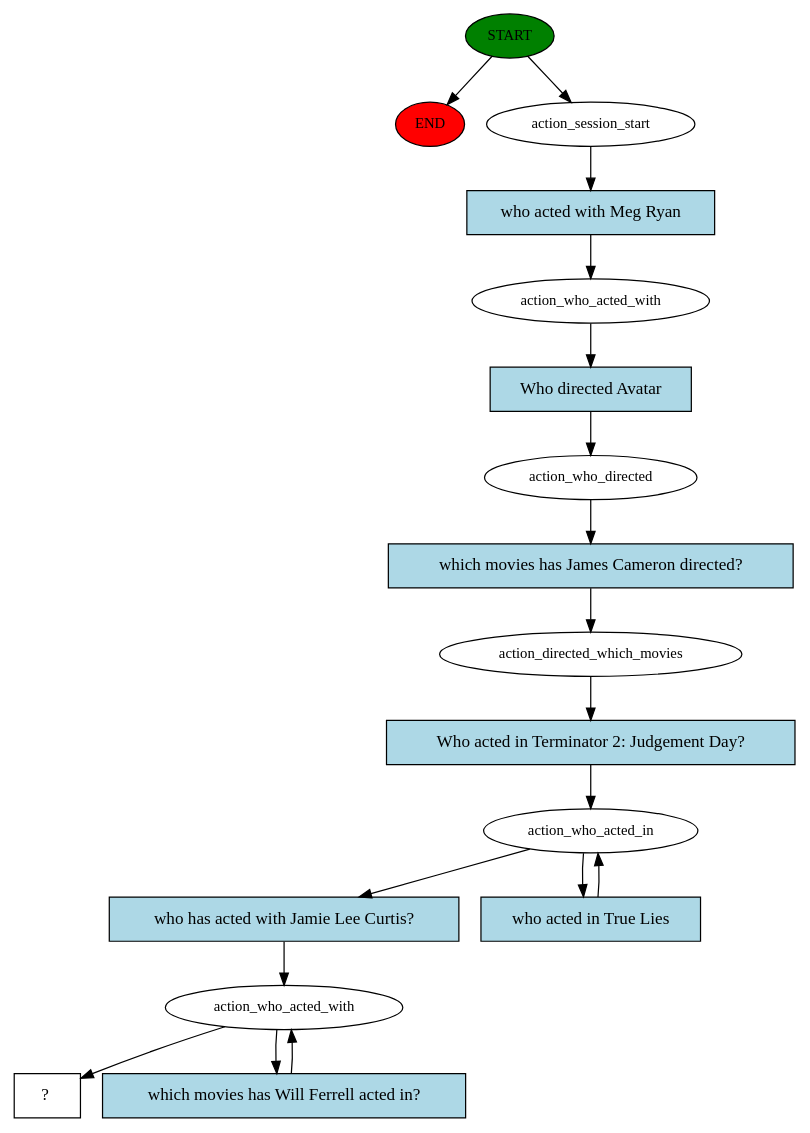
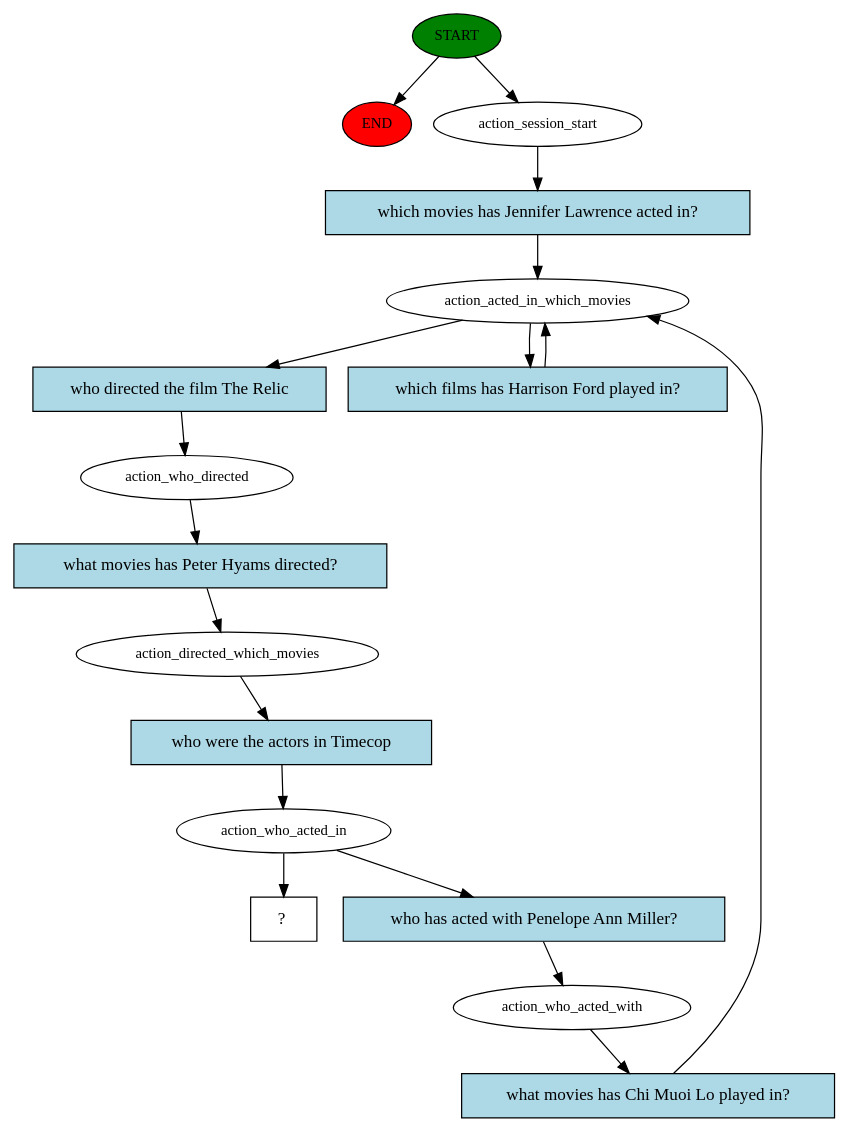
The diagram in story_graph.dot (dchamb16/msds_459_chatbot), drawn with Graphviz before and after one commit. The commit also changed 6 other files, not shown here.

```diff
--- a/story_graph.dot
+++ b/story_graph.dot
@@ -1,35 +1,35 @@
 digraph  {
 0 [class="start active", fillcolor=green, fontsize=12, label=START, style=filled];
 "-1" [class=end, fillcolor=red, fontsize=12, label=END, style=filled];
 1 [class=active, fontsize=12, label=action_session_start];
-2 [class=active, fontsize=12, label=action_who_acted_with];
-3 [class=active, fontsize=12, label=action_who_directed];
-4 [class=active, fontsize=12, label=action_directed_which_movies];
-5 [class=active, fontsize=12, label=action_who_acted_in];
+2 [class=active, fontsize=12, label=action_acted_in_which_movies];
+4 [class=active, fontsize=12, label=action_who_directed];
+5 [class=active, fontsize=12, label=action_directed_which_movies];
+6 [class=active, fontsize=12, label=action_who_acted_in];
 7 [class=active, fontsize=12, label=action_who_acted_with];
-9 [class="intent dashed active", label="  ?  ", shape=rect];
-10 [class="intent active", fillcolor=lightblue, label="who acted with Meg Ryan", shape=rect, style=filled];
-11 [class="intent active", fillcolor=lightblue, label="Who directed Avatar", shape=rect, style=filled];
-12 [class="intent active", fillcolor=lightblue, label="which movies has James Cameron directed?", shape=rect, style=filled];
-13 [class="intent active", fillcolor=lightblue, label="Who acted in Terminator 2: Judgement Day?", shape=rect, style=filled];
-14 [class="intent active", fillcolor=lightblue, label="who has acted with Jamie Lee Curtis?", shape=rect, style=filled];
-15 [class="intent active", fillcolor=lightblue, label="who acted in True Lies", shape=rect, style=filled];
-16 [class="intent active", fillcolor=lightblue, label="which movies has Will Ferrell acted in?", shape=rect, style=filled];
+12 [class="intent dashed active", label="  ?  ", shape=rect];
+13 [class="intent active", fillcolor=lightblue, label="which movies has Jennifer Lawrence acted in?", shape=rect, style=filled];
+14 [class="intent active", fillcolor=lightblue, label="who directed the film The Relic", shape=rect, style=filled];
+15 [class="intent active", fillcolor=lightblue, label="which films has Harrison Ford played in?", shape=rect, style=filled];
+16 [class="intent active", fillcolor=lightblue, label="what movies has Peter Hyams directed?", shape=rect, style=filled];
+17 [class="intent active", fillcolor=lightblue, label="who were the actors in Timecop", shape=rect, style=filled];
+18 [class="intent active", fillcolor=lightblue, label="who has acted with Penelope Ann Miller?", shape=rect, style=filled];
+19 [class="intent active", fillcolor=lightblue, label="what movies has Chi Muoi Lo played in?", shape=rect, style=filled];
 0 -> "-1"  [class="", key=NONE, label=""];
 0 -> 1  [class=active, key=NONE, label=""];
-1 -> 10  [class=active, key=0];
-2 -> 11  [class=active, key=0];
-3 -> 12  [class=active, key=0];
-4 -> 13  [class=active, key=0];
-5 -> 14  [class=active, key=0];
-5 -> 15  [class=active, key=0];
-7 -> 9  [class=active, key=NONE, label=""];
-7 -> 16  [class=active, key=0];
-10 -> 2  [class=active, key=0];
-11 -> 3  [class=active, key=0];
-12 -> 4  [class=active, key=0];
-13 -> 5  [class=active, key=0];
-14 -> 7  [class=active, key=0];
-15 -> 5  [class=active, key=0];
-16 -> 7  [class=active, key=0];
+1 -> 13  [class=active, key=0];
+2 -> 14  [class=active, key=0];
+2 -> 15  [class=active, key=0];
+4 -> 16  [class=active, key=0];
+5 -> 17  [class=active, key=0];
+6 -> 12  [class=active, key=NONE, label=""];
+6 -> 18  [class=active, key=0];
+7 -> 19  [class=active, key=0];
+13 -> 2  [class=active, key=0];
+14 -> 4  [class=active, key=0];
+15 -> 2  [class=active, key=0];
+16 -> 5  [class=active, key=0];
+17 -> 6  [class=active, key=0];
+18 -> 7  [class=active, key=0];
+19 -> 2  [class=active, key=0];
 }
```
